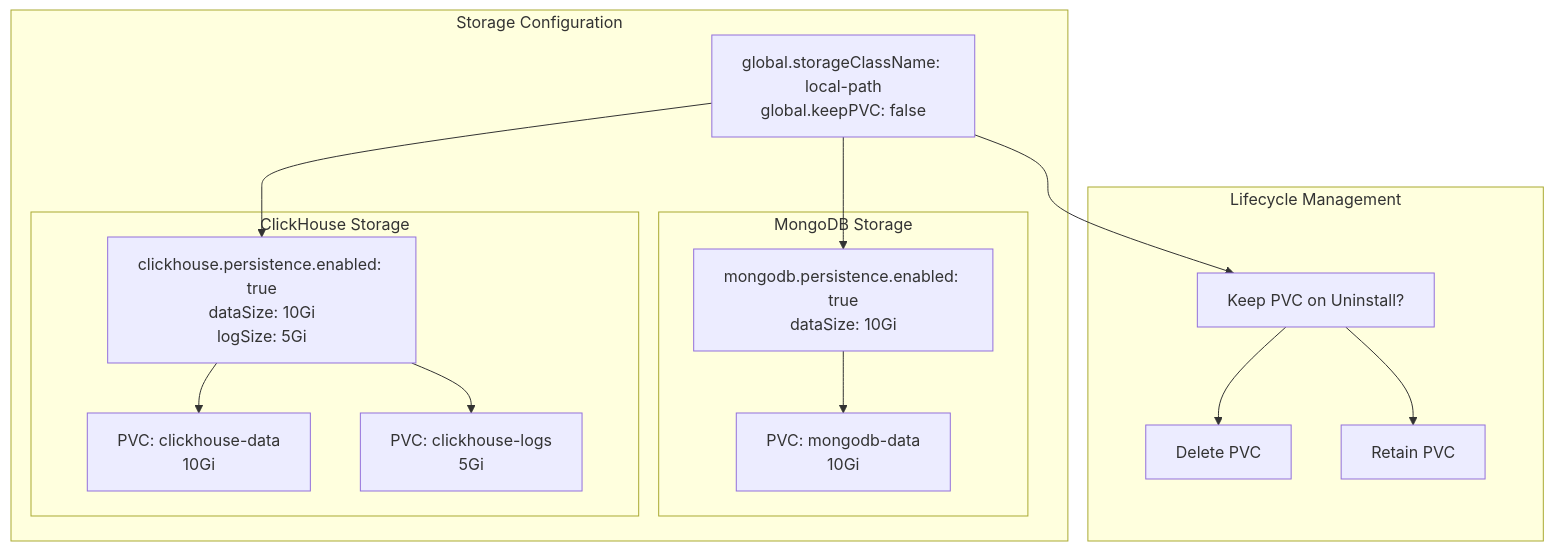
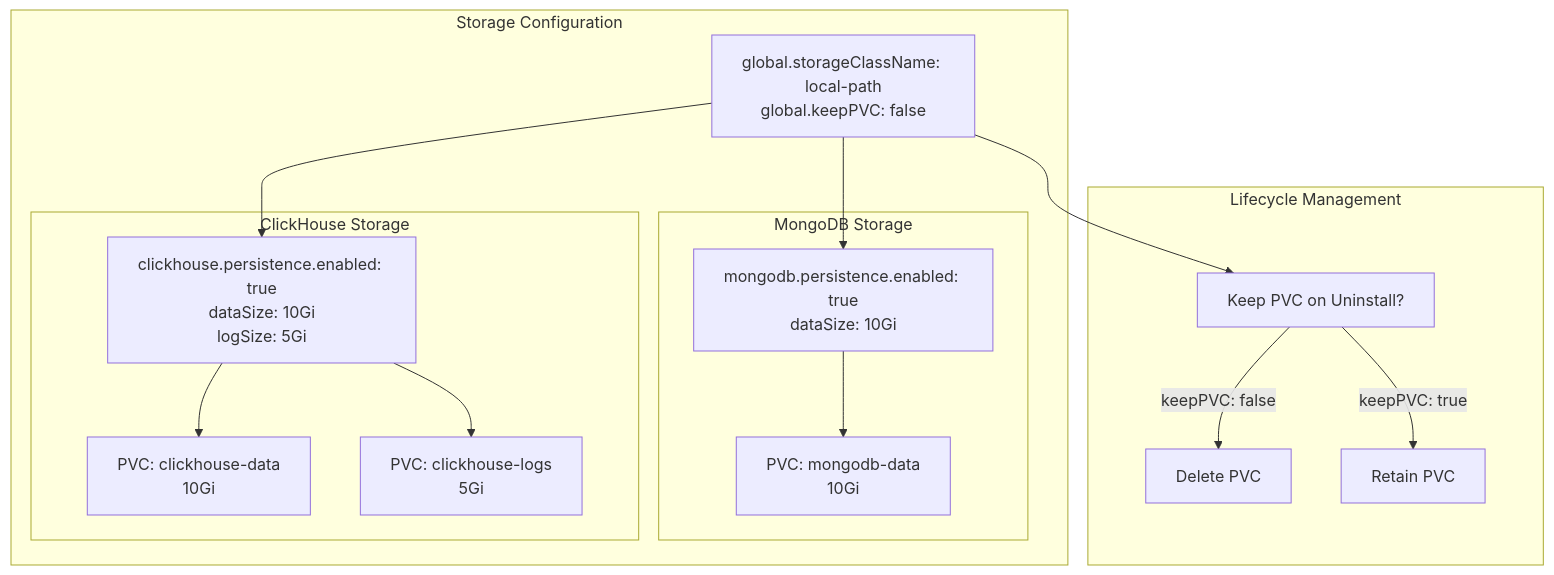
Before and after one commit to openchoreo/openchoreo: the fifth of 10 diagrams in docs/hyperdxio-helm-charts-docs/Operations-and-Maintenance.md, drawn with Mermaid. The commit also changed other lines of this file and 85 other files, not shown here.

Commit message:
feat: Add new workflow and specification templates, update Helm chart dependencies, and clarify documentation diagrams.

````diff
--- a/docs/hyperdxio-helm-charts-docs/Operations-and-Maintenance.md
+++ b/docs/hyperdxio-helm-charts-docs/Operations-and-Maintenance.md
@@ -384,43 +384,43 @@
 ```mermaid
 flowchart TD
 
 Global["global.storageClassName: local-path<br>global.keepPVC: false"]
 CHPersist["clickhouse.persistence.enabled: true<br>dataSize: 10Gi<br>logSize: 5Gi"]
 CHDataPVC["PVC: clickhouse-data<br>10Gi"]
 CHLogPVC["PVC: clickhouse-logs<br>5Gi"]
 MongoPersist["mongodb.persistence.enabled: true<br>dataSize: 10Gi"]
 MongoDataPVC["PVC: mongodb-data<br>10Gi"]
 KeepPVC["Keep PVC on Uninstall?"]
 Delete["Delete PVC"]
 Retain["Retain PVC"]
 
 Global --> KeepPVC
 
 subgraph subGraph3 ["Lifecycle Management"]
     KeepPVC
     Delete
     Retain
-    KeepPVC --> Delete
-    KeepPVC --> Retain
+    KeepPVC -->|"keepPVC: false"| Delete
+    KeepPVC -->|"keepPVC: true"| Retain
 end
 
 subgraph subGraph2 ["Storage Configuration"]
     Global
     Global --> CHPersist
     Global --> MongoPersist
 
 subgraph subGraph1 ["MongoDB Storage"]
     MongoPersist
     MongoDataPVC
     MongoPersist --> MongoDataPVC
 end
 
 subgraph subGraph0 ["ClickHouse Storage"]
     CHPersist
     CHDataPVC
     CHLogPVC
     CHPersist --> CHDataPVC
     CHPersist --> CHLogPVC
 end
 end
 ```
````
